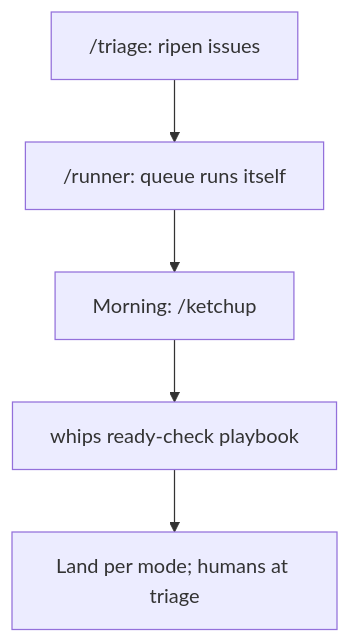
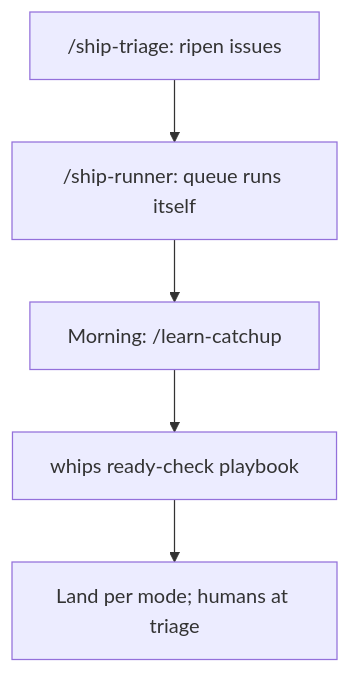
One commit to TudeOrangBiasa/skills-for-agents changed the fifth of 10 diagrams in skills/user-invoked/guide/COOKBOOK.md. Above: the diagram before and after it, drawn with Mermaid. The commit also changed other lines of this file and 441 other files, not shown here.

````diff
--- a/skills/user-invoked/guide/COOKBOOK.md
+++ b/skills/user-invoked/guide/COOKBOOK.md
@@ -82,6 +82,6 @@
 ```mermaid
 flowchart TD
-    T["/triage: ripen issues"] --> N["/runner: queue runs itself"]
-    N --> M["Morning: /ketchup"]
+    T["/ship-triage: ripen issues"] --> N["/ship-runner: queue runs itself"]
+    N --> M["Morning: /learn-catchup"]
     M --> R["whips ready-check playbook"] --> G["Land per mode; humans at triage"]
 ```
````
